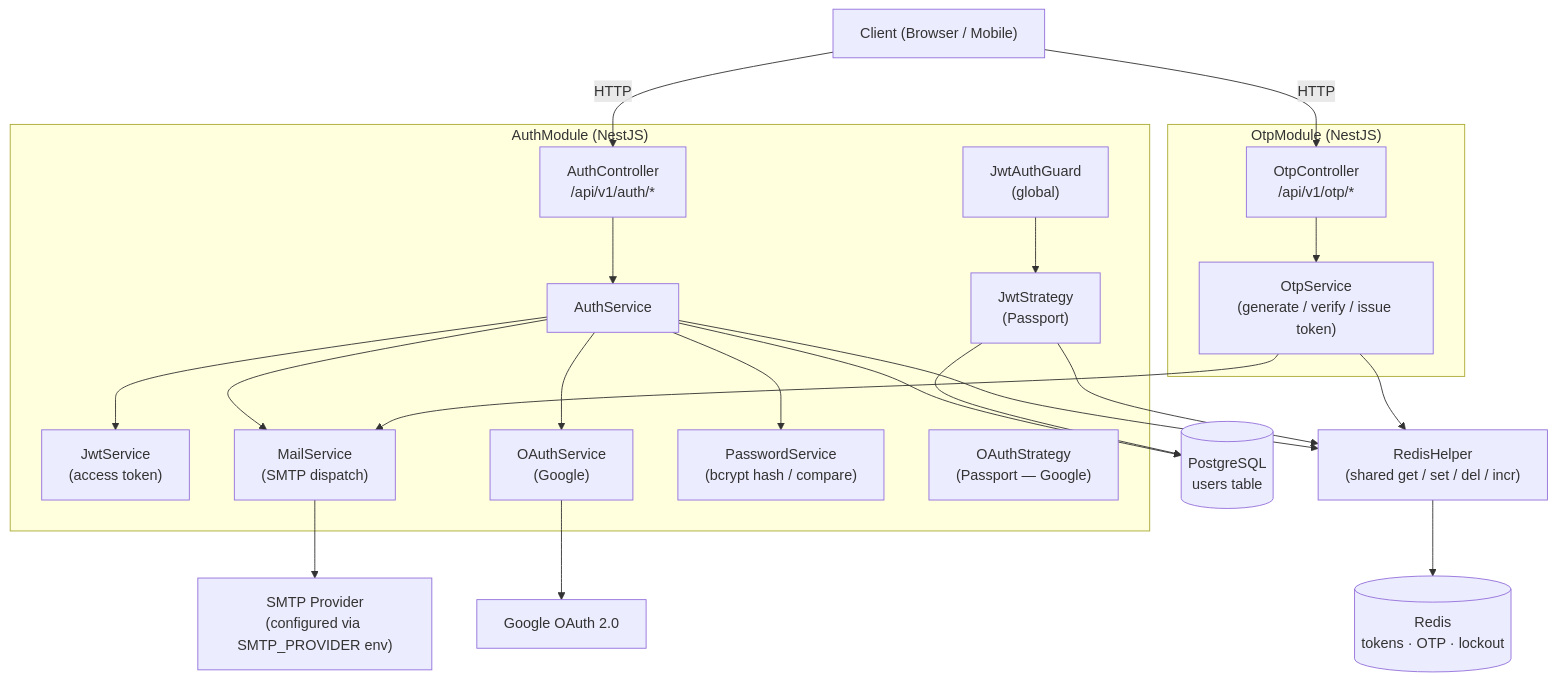
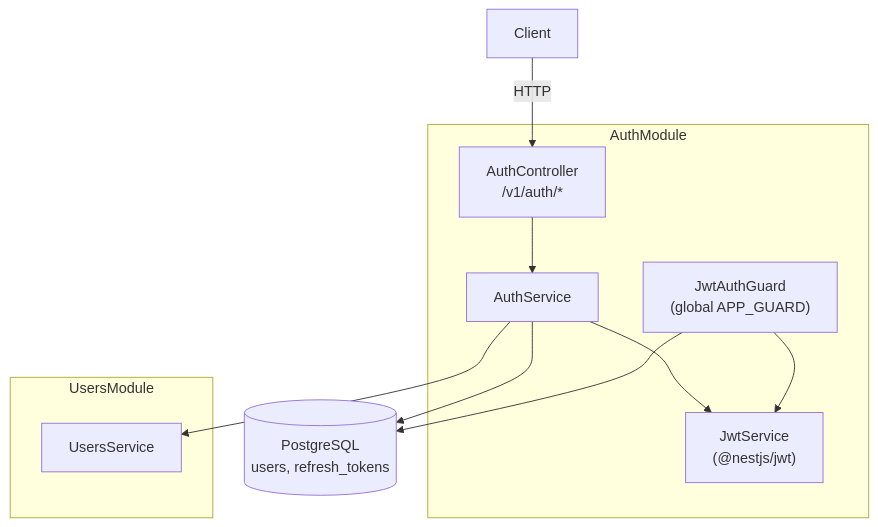
One commit to sharma-dikshant/TestFlow-Docs changed the first of 5 diagrams in docs/hld-design/auth.md. Above: the diagram before and after it, drawn with Mermaid. The commit also changed other lines of this file and 10 other files, not shown here.

````diff
--- a/docs/hld-design/auth.md
+++ b/docs/hld-design/auth.md
@@ -57,47 +44,25 @@
 ```mermaid
 flowchart TD
-    client["Client (Browser / Mobile)"]
+    client["Client"]
 
-    subgraph AuthModule["AuthModule (NestJS)"]
-        ctrl["AuthController\n/api/v1/auth/*"]
+    subgraph AuthModule
+        ctrl["AuthController\n/v1/auth/*"]
         svc["AuthService"]
-        jwt["JwtService\n(access token)"]
-        mail["MailService\n(SMTP dispatch)"]
-        oauth["OAuthService\n(Google)"]
-        pwd["PasswordService\n(bcrypt hash / compare)"]
-        guard["JwtAuthGuard\n(global)"]
-        strategy["JwtStrategy\n(Passport)"]
-        oauthStrategy["OAuthStrategy\n(Passport — Google)"]
+        guard["JwtAuthGuard\n(global APP_GUARD)"]
+        jwtSvc["JwtService\n(@nestjs/jwt)"]
     end
 
-    subgraph OtpModule["OtpModule (NestJS)"]
-        otpCtrl["OtpController\n/api/v1/otp/*"]
-        otpSvc["OtpService\n(generate / verify / issue token)"]
+    subgraph UsersModule
+        usersSvc["UsersService"]
     end
 
-    redisHelper["RedisHelper\n(shared get / set / del / incr)"]
+    db[("PostgreSQL\nusers, refresh_tokens")]
 
-    db[("PostgreSQL\nusers table")]
-    redis[("Redis\ntokens · OTP · lockout")]
-    smtp["SMTP Provider\n(configured via SMTP_PROVIDER env)"]
-    google["Google OAuth 2.0"]
-
-    client -->|"HTTP"| ctrl
-    client -->|"HTTP"| otpCtrl
+    client -->|HTTP| ctrl
     ctrl --> svc
-    otpCtrl --> otpSvc
-    svc --> jwt
-    svc --> mail
-    svc --> oauth
-    svc --> pwd
+    svc --> jwtSvc
+    svc --> usersSvc
     svc --> db
-    svc --> redisHelper
-    otpSvc --> mail
-    otpSvc --> redisHelper
-    redisHelper --> redis
-    mail --> smtp
-    oauth --> google
-    guard --> strategy
-    strategy --> redisHelper
-    strategy --> db
+    guard --> jwtSvc
+    guard --> db
 ```
````
